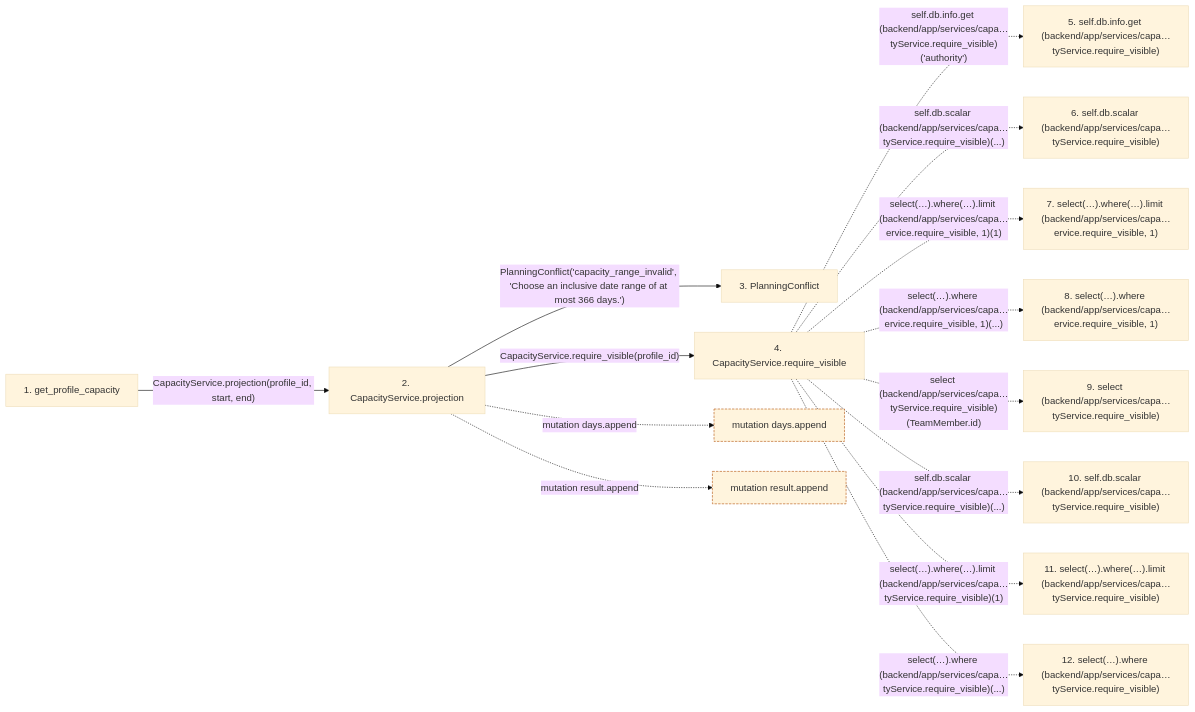
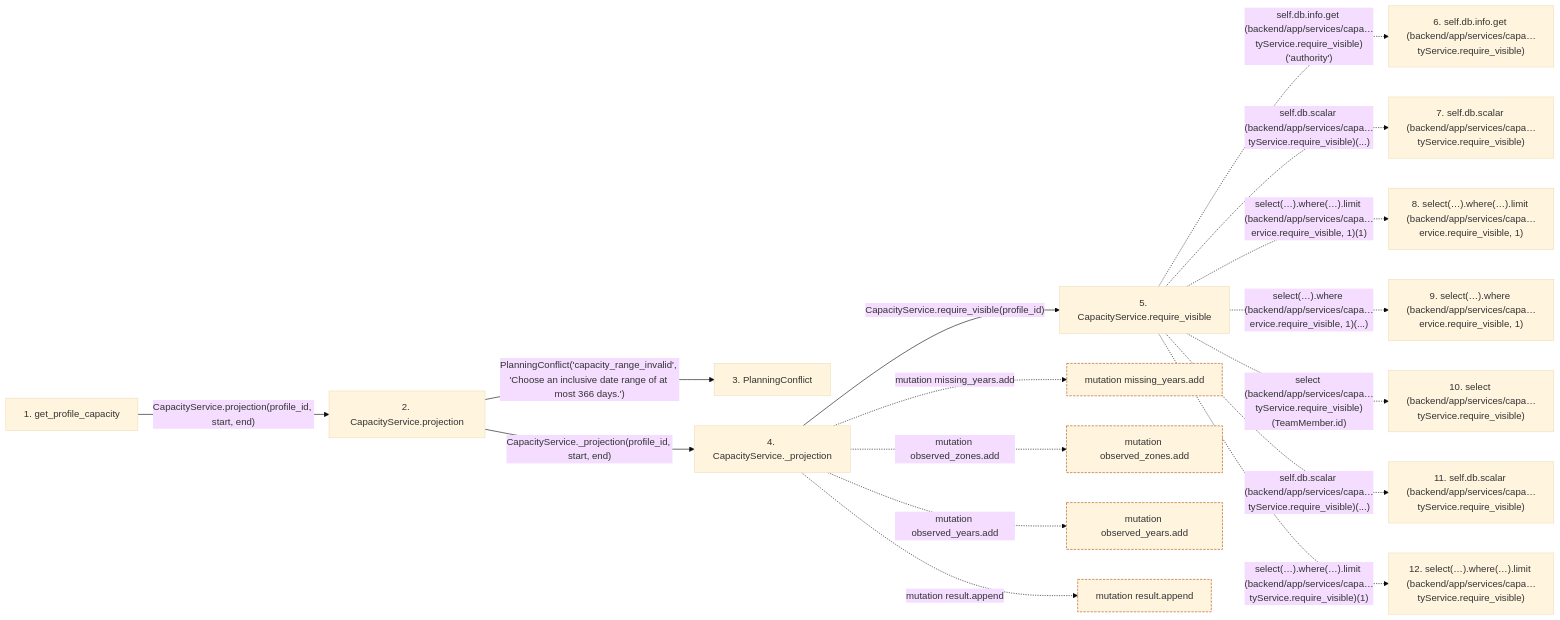
One commit to Denissvgn/WorkChord changed the second of 2 diagrams in docs/llm_wiki/flows/http-get_profile_capacity.md. Above: the diagram before and after it, drawn with Mermaid (base theme). The commit also changed other lines of this file and 920 other files, not shown here.

````diff
--- a/docs/llm_wiki/flows/http-get_profile_capacity.md
+++ b/docs/llm_wiki/flows/http-get_profile_capacity.md
@@ -130,37 +133,44 @@
 ```mermaid
 flowchart LR
     s1["1. get_profile_capacity"]
     s2["2. CapacityService.projection"]
     s3["3. PlanningConflict"]
-    s4["4. CapacityService.require_visible"]
-    s5["5. self.db.info.get (backend/app/services/capa…tyService.require_visible)"]
-    s6["6. self.db.scalar (backend/app/services/capa…tyService.require_visible)"]
-    s7["7. select(…).where(…).limit (backend/app/services/capa…ervice.require_visible, 1)"]
-    s8["8. select(…).where (backend/app/services/capa…ervice.require_visible, 1)"]
-    s9["9. select (backend/app/services/capa…tyService.require_visible)"]
-    s10["10. self.db.scalar (backend/app/services/capa…tyService.require_visible)"]
-    s11["11. select(…).where(…).limit (backend/app/services/capa…tyService.require_visible)"]
-    s12["12. select(…).where (backend/app/services/capa…tyService.require_visible)"]
+    s4["4. CapacityService._projection"]
+    s5["5. CapacityService.require_visible"]
+    s6["6. self.db.info.get (backend/app/services/capa…tyService.require_visible)"]
+    s7["7. self.db.scalar (backend/app/services/capa…tyService.require_visible)"]
+    s8["8. select(…).where(…).limit (backend/app/services/capa…ervice.require_visible, 1)"]
+    s9["9. select(…).where (backend/app/services/capa…ervice.require_visible, 1)"]
+    s10["10. select (backend/app/services/capa…tyService.require_visible)"]
+    s11["11. self.db.scalar (backend/app/services/capa…tyService.require_visible)"]
+    s12["12. select(…).where(…).limit (backend/app/services/capa…tyService.require_visible)"]
     s1 -->|"CapacityService.projection(profile_id, start, end)"| s2
     s2 -->|"PlanningConflict('capacity_range_invalid', 'Choose an inclusive date range of at most 366 days.')"| s3
-    s2 -->|"CapacityService.require_visible(profile_id)"| s4
-    s4 -. "self.db.info.get (backend/app/services/capa…tyService.require_visible)('authority')" .-> s5
-    s4 -. "self.db.scalar (backend/app/services/capa…tyService.require_visible)(...)" .-> s6
-    s4 -. "select(…).where(…).limit (backend/app/services/capa…ervice.require_visible, 1)(1)" .-> s7
-    s4 -. "select(…).where (backend/app/services/capa…ervice.require_visible, 1)(...)" .-> s8
-    s4 -. "select (backend/app/services/capa…tyService.require_visible)(TeamMember.id)" .-> s9
-    s4 -. "self.db.scalar (backend/app/services/capa…tyService.require_visible)(...)" .-> s10
-    s4 -. "select(…).where(…).limit (backend/app/services/capa…tyService.require_visible)(1)" .-> s11
-    s4 -. "select(…).where (backend/app/services/capa…tyService.require_visible)(...)" .-> s12
-    b0["mutation days.append"]
-    s2 -. "mutation days.append" .-> b0
-    b1["mutation result.append"]
-    s2 -. "mutation result.append" .-> b1
+    s2 -->|"CapacityService._projection(profile_id, start, end)"| s4
+    s4 -->|"CapacityService.require_visible(profile_id)"| s5
+    s5 -. "self.db.info.get (backend/app/services/capa…tyService.require_visible)('authority')" .-> s6
+    s5 -. "self.db.scalar (backend/app/services/capa…tyService.require_visible)(...)" .-> s7
+    s5 -. "select(…).where(…).limit (backend/app/services/capa…ervice.require_visible, 1)(1)" .-> s8
+    s5 -. "select(…).where (backend/app/services/capa…ervice.require_visible, 1)(...)" .-> s9
+    s5 -. "select (backend/app/services/capa…tyService.require_visible)(TeamMember.id)" .-> s10
+    s5 -. "self.db.scalar (backend/app/services/capa…tyService.require_visible)(...)" .-> s11
+    s5 -. "select(…).where(…).limit (backend/app/services/capa…tyService.require_visible)(1)" .-> s12
+    b0["mutation missing_years.add"]
+    s4 -. "mutation missing_years.add" .-> b0
+    b1["mutation observed_zones.add"]
+    s4 -. "mutation observed_zones.add" .-> b1
+    b2["mutation observed_years.add"]
+    s4 -. "mutation observed_years.add" .-> b2
+    b3["mutation result.append"]
+    s4 -. "mutation result.append" .-> b3
     click s1 "../modules/routers_capacity.md"
     click s2 "../modules/capacity_service.md"
     click s3 "../modules/commands.md"
     click s4 "../modules/capacity_service.md"
+    click s5 "../modules/capacity_service.md"
     classDef boundary stroke:#b45309,stroke-dasharray: 4 2
     class b0 boundary
     class b1 boundary
+    class b2 boundary
+    class b3 boundary
 ```
````
